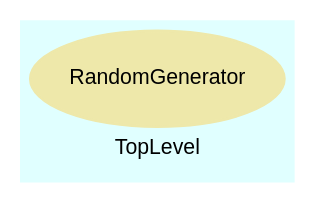
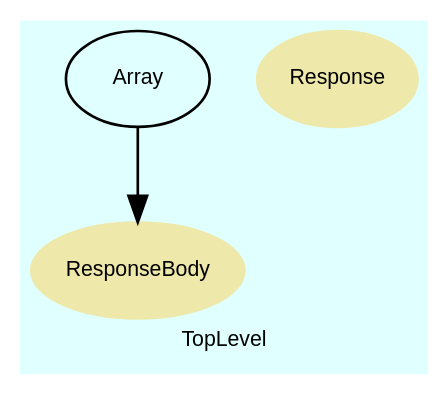
The diagram in trunk/server/doc/rdoc/dot/f_16.dot (rsence/rsence), drawn with Graphviz before and after one commit. The commit also changed 130 other files, not shown here.

```diff
--- a/trunk/server/doc/rdoc/dot/f_16.dot
+++ b/trunk/server/doc/rdoc/dot/f_16.dot
@@ -1,22 +1,40 @@
 digraph TopLevel {
     compound = true
     bgcolor = lightcyan1
     fontname = Arial
     fontsize = 8
     label = "TopLevel"
     node [
         fontname = Arial,
         fontsize = 8,
         color = black
     ]
 
-    RandomGenerator [
+    ResponseBody [
         fontcolor = black,
-        URL = "classes/RandomGenerator.html",
+        URL = "classes/ResponseBody.html",
         shape = ellipse,
         color = palegoldenrod,
         style = filled,
-        label = "RandomGenerator"
+        label = "ResponseBody"
+    ]
+
+    Response [
+        fontcolor = black,
+        URL = "classes/Response.html",
+        shape = ellipse,
+        color = palegoldenrod,
+        style = filled,
+        label = "Response"
+    ]
+
+    Array [
+        URL = "classes/Array.html",
+        label = "Array"
+    ]
+
+    Array -> ResponseBody [
+
     ]
 
 }
```
